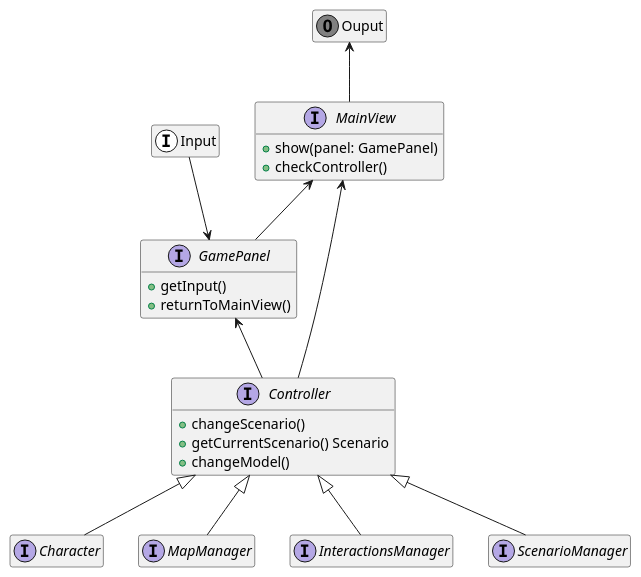
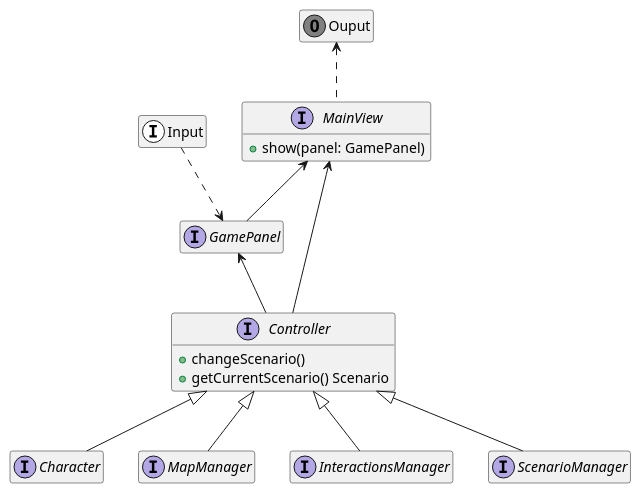
One commit to Lucaaa31/OOP23-gym-life changed the diagram in UML/architecture.puml. Above: the diagram before and after it, drawn with PlantUML. The commit also changed 1 other file, not shown here.

Commit message:
modified UML.

```diff
--- a/UML/architecture.puml
+++ b/UML/architecture.puml
@@ -1,47 +1,43 @@
 @startuml
 'https://plantuml.com/class-diagram
 
 hide empty members
 
 
 
     interface MainView {
         +show(panel: GamePanel)
-        +checkController()
     }
 
 
     interface GamePanel{
-        +getInput()
-        +returnToMainView()
     }
 
 
 
     interface Controller{
         +changeScenario()
         +getCurrentScenario() Scenario
-        +changeModel()
     }
 
 class Input << (I, white) >>
-Input --> GamePanel
-Ouput <-- MainView
+Input ..> GamePanel
+Ouput <.. MainView
 class Ouput << (O, grey) >>
 
     MainView <-- GamePanel
     MainView <--- Controller
     GamePanel <-- Controller
 
 
     interface Character
     interface MapManager
     interface InteractionsManager
     interface ScenarioManager
 
     Controller <|-- Character
     Controller <|-- MapManager
     Controller <|-- InteractionsManager
     Controller <|-- ScenarioManager
 
 @enduml
```
